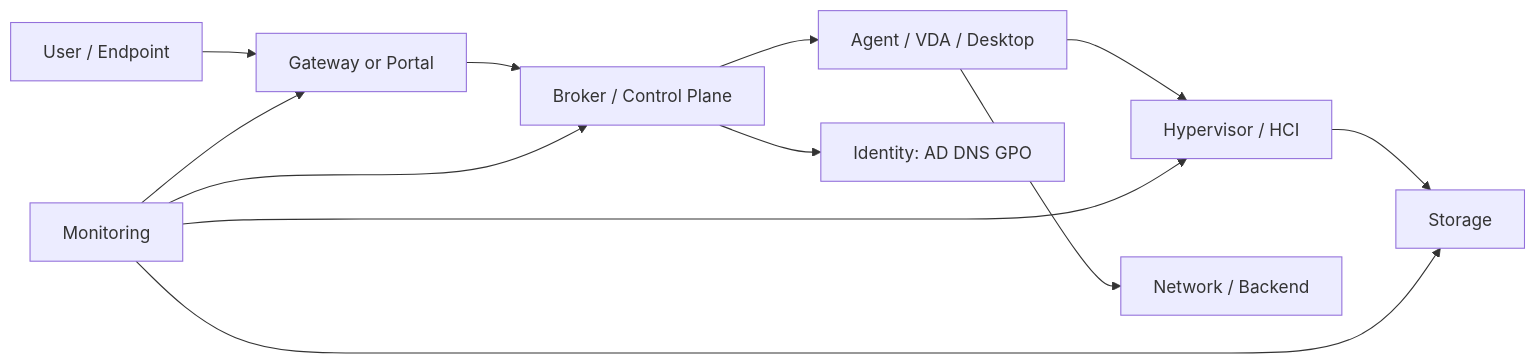
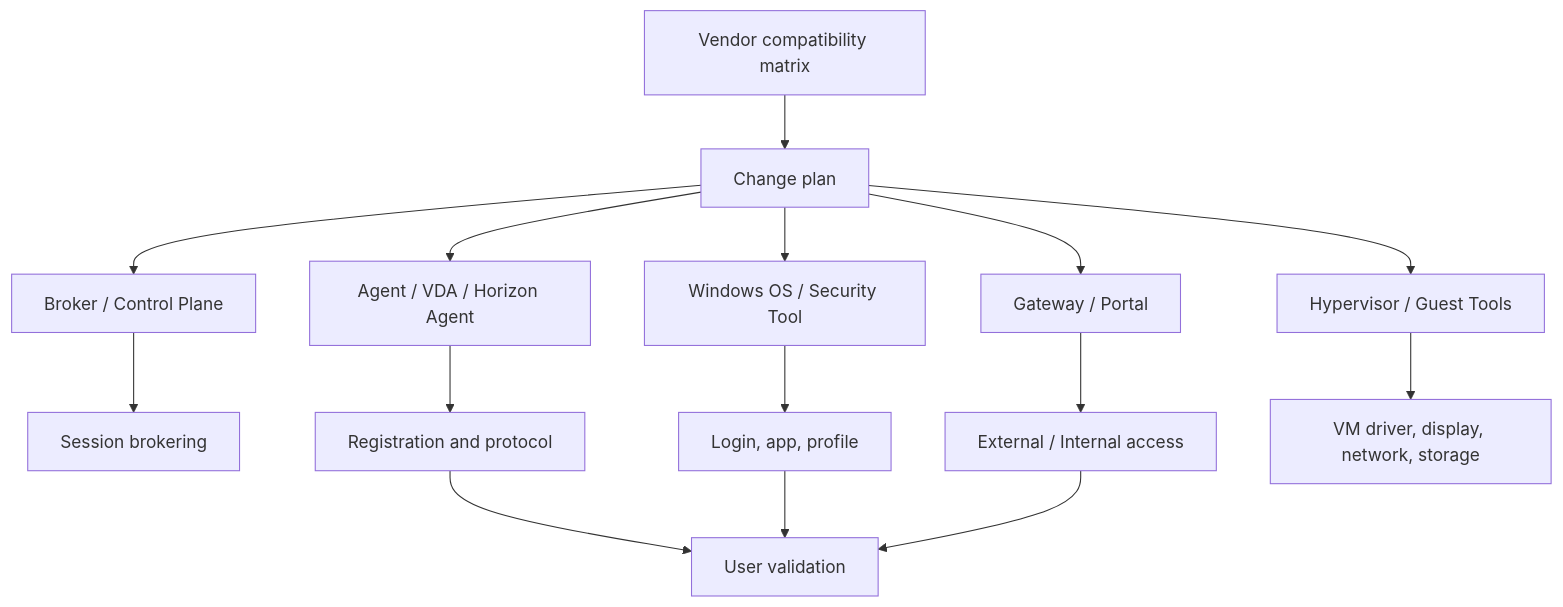
Before and after one commit to dongphongtieungao/vdi-training: the diagram in wiki/topics/21_VDI_Patch_and_Upgrade_Guide.md, drawn with Mermaid. The commit also changed other lines of this file and 17 other files, not shown here.

Commit message:
Refactor wiki schema and update training pages

````diff
--- a/wiki/topics/21_VDI_Patch_and_Upgrade_Guide.md
+++ b/wiki/topics/21_VDI_Patch_and_Upgrade_Guide.md
@@ -102,14 +63,17 @@
 ```mermaid
-flowchart LR
-  U[User / Endpoint] --> G[Gateway or Portal]
-  G --> B[Broker / Control Plane]
-  B --> A[Agent / VDA / Desktop]
-  B --> I[Identity: AD DNS GPO]
-  A --> H[Hypervisor / HCI]
-  H --> S[Storage]
-  A --> N[Network / Backend]
-  M[Monitoring] --> G
-  M --> B
-  M --> H
-  M --> S
+flowchart TB
+  V["Vendor compatibility matrix"] --> C["Change plan"]
+  C --> B["Broker / Control Plane"]
+  C --> G["Gateway / Portal"]
+  C --> A["Agent / VDA / Horizon Agent"]
+  C --> O["Windows OS / Security Tool"]
+  C --> H["Hypervisor / Guest Tools"]
+  B --> S["Session brokering"]
+  G --> X["External / Internal access"]
+  A --> R["Registration and protocol"]
+  O --> L["Login, app, profile"]
+  H --> P["VM driver, display, network, storage"]
+  R --> U["User validation"]
+  L --> U
+  X --> U
 ```
````
